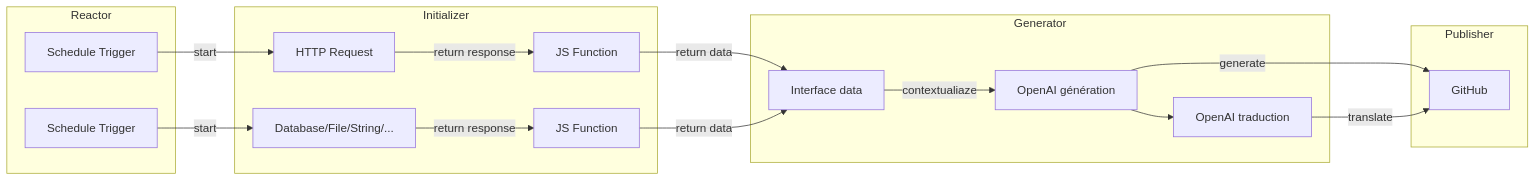
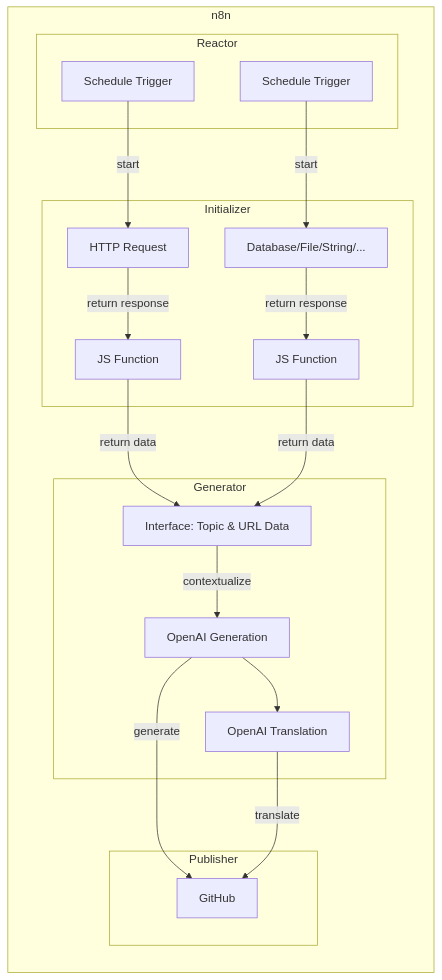
The third of 3 diagrams in content/posts/fr/openAI-n8n.md (joyearnaud/hominem), drawn with Mermaid before and after one commit. The commit also changed other lines of this file, not shown here.

Commit message:
openAI corrected

````diff
--- a/content/posts/fr/openAI-n8n.md
+++ b/content/posts/fr/openAI-n8n.md
@@ -114,23 +140,25 @@
 ```mermaid
 graph LR
-    subgraph Reactor
-        trig[Schedule Trigger]
-        trigN[Schedule Trigger]
-    end
-    subgraph Initializer
-        trig--start-->source[HTTP Request]
-        trigN--start-->sourceN[Database/File/String/...]
-        source --return response--> data[JS Function]
-        sourceN --return response--> dataN[JS Function]
-    end
-    subgraph Generator
-        data--return data-->Interface[Interface data]
-        dataN--return data-->Interface[Interface data]
-        Interface--contextualiaze-->OpenAIG[OpenAI génération]
-        OpenAIG-->OpenAIT[OpenAI traduction]
-    end
-    subgraph Publisher
-        OpenAIG--generate-->GitHub
-        OpenAIT--translate-->GitHub
+    subgraph n8n
+      subgraph Reactor
+          trig[Schedule Trigger]
+          trigN[Schedule Trigger]
+      end
+      subgraph Initializer
+          trig--start-->source[HTTP Request]
+          trigN--start-->sourceN[Database/File/String/...]
+          source --return response--> data[JS Function]
+          sourceN --return response--> dataN[JS Function]
+      end
+      subgraph Generator
+          data--return data-->Interface[Interface: Topic & URL Data]
+          dataN--return data-->Interface
+          Interface--contextualize-->OpenAIG[OpenAI Generation]
+          OpenAIG-->OpenAIT[OpenAI Translation]
+      end
+      subgraph Publisher
+          OpenAIG--generate-->GitHub
+          OpenAIT--translate-->GitHub
+      end
     end
 ```
````
